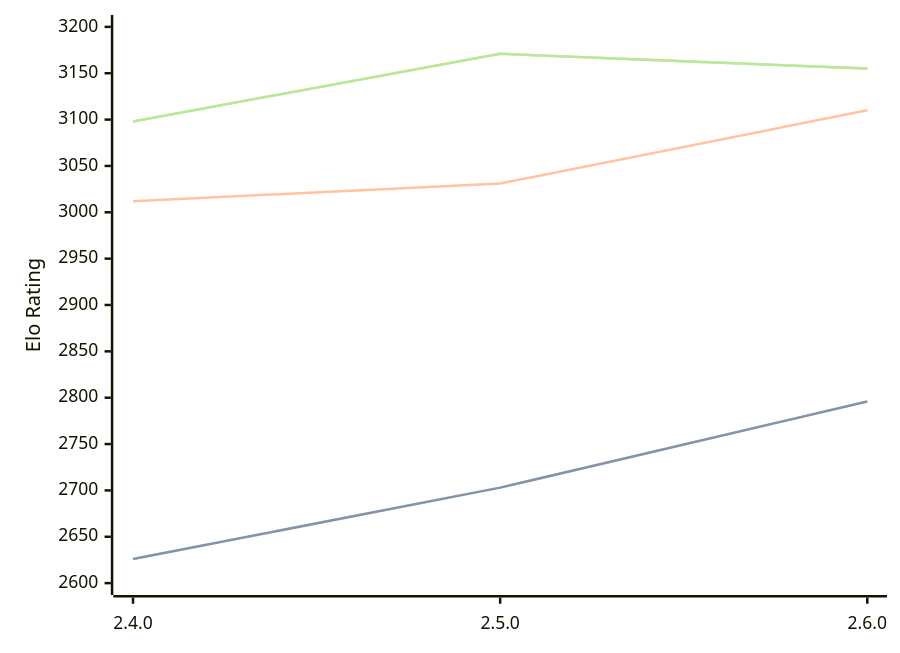
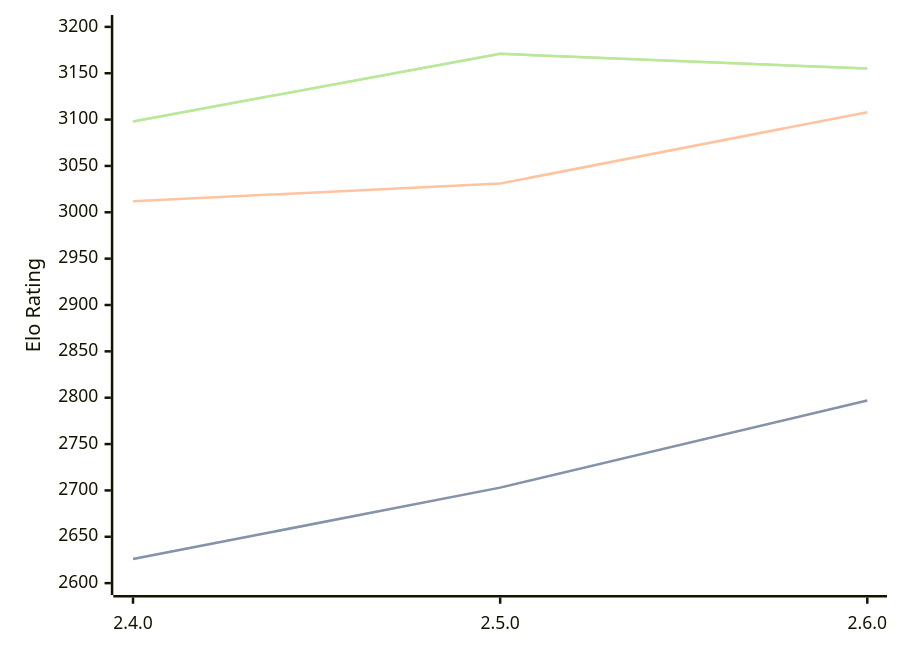
One commit to computer-chess-index/cci changed the diagram in engines/Sturddle2.md. Above: the diagram before and after it, drawn with Mermaid. The commit also changed other lines of this file, not shown here.

````diff
--- a/engines/Sturddle2.md
+++ b/engines/Sturddle2.md
@@ -33,11 +33,11 @@
 ```mermaid
 %%{init: {"theme":"base","themeVariables":{"seriesColors:['#a3a3a3','#222221','#faa371']}}}%%
 xychart-beta
   x-axis ["2.4.0", "2.5.0", "2.6.0"]
   y-axis "Elo Rating" 2600 --> 3200
-  line "" [2626, 2703, 2796]
-  line "STC (8.0+0.08s)" [2626, 2703, 2796]
-  line "LTC (60.0+0.60s)" [3012, 3031, 3110]
+  line "" [2626, 2703, 2797]
+  line "STC (8.0+0.08s)" [2626, 2703, 2797]
+  line "LTC (60.0+0.60s)" [3012, 3031, 3108]
   line "" [3098, 3171, 3155]
   line "VLTC (2m24s+1.12s)" [3098, 3171, 3155]
 ```
````
